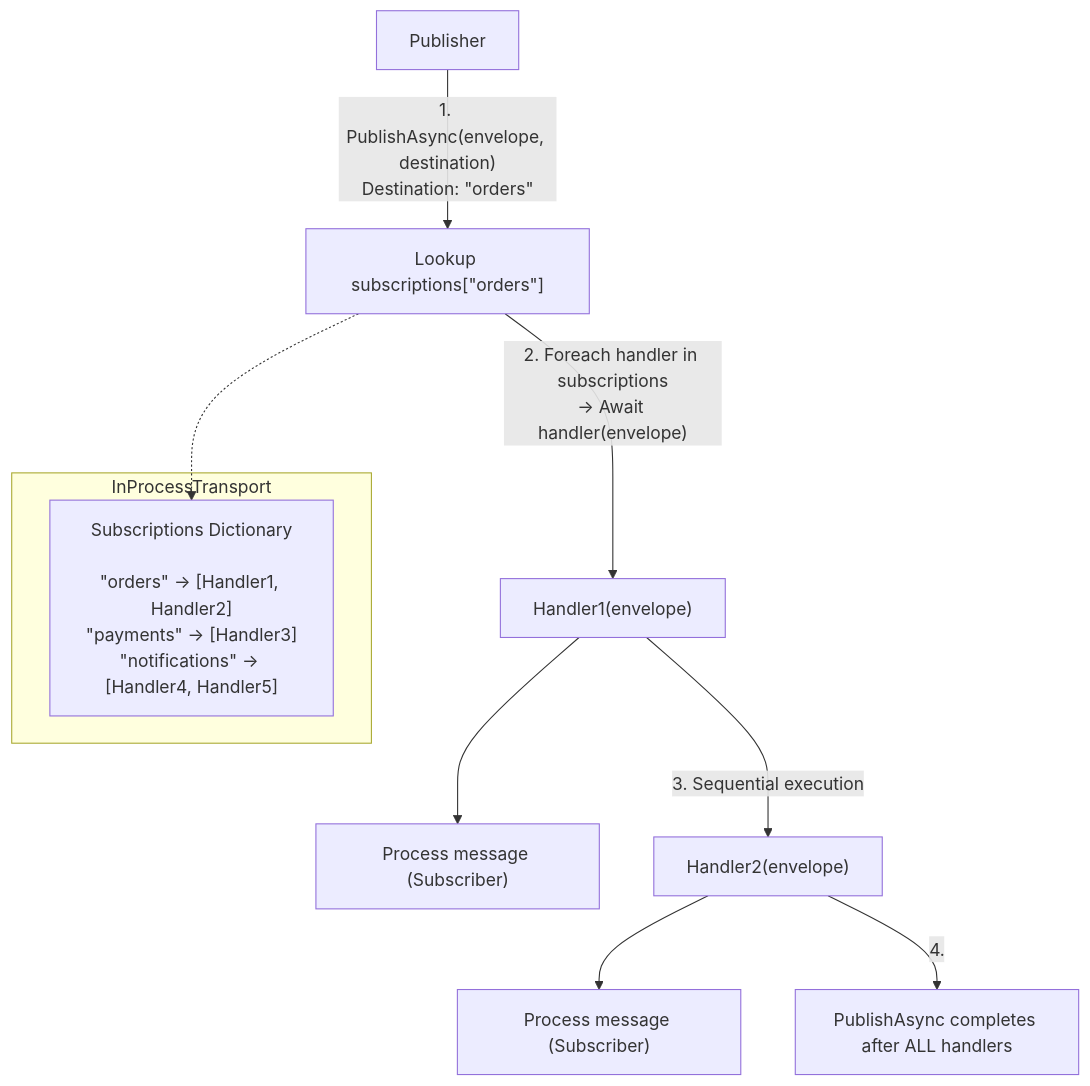
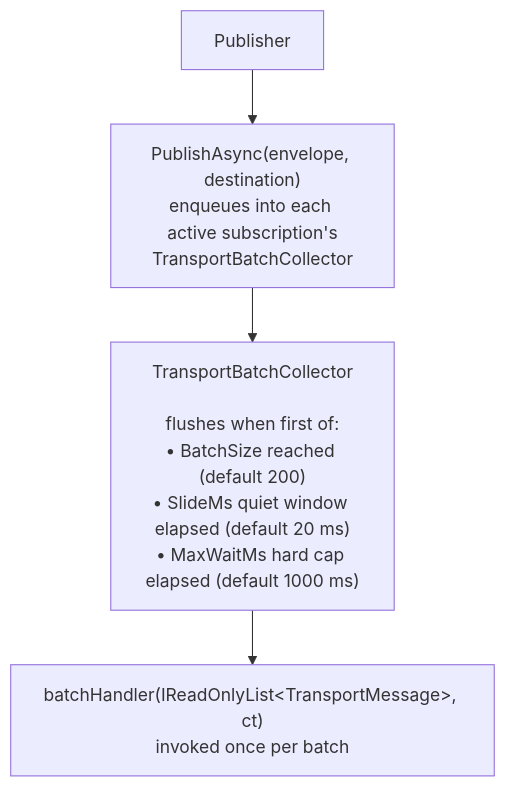
One commit to whizbang-lib/whizbang-lib.github.io changed the diagram in src/assets/docs/v1.0.0/messaging/transports/in-memory.md. Above: the diagram before and after it, drawn with Mermaid. The commit also changed other lines of this file and 6 other files, not shown here.

````diff
--- a/src/assets/docs/v1.0.0/messaging/transports/in-memory.md
+++ b/src/assets/docs/v1.0.0/messaging/transports/in-memory.md
@@ -49,26 +64,14 @@
 ```mermaid
 flowchart TD
-    subgraph Transport["InProcessTransport"]
-        Dict["Subscriptions Dictionary<br/><br/>#quot;orders#quot; → [Handler1, Handler2]<br/>#quot;payments#quot; → [Handler3]<br/>#quot;notifications#quot; → [Handler4, Handler5]"]
-    end
+    Publisher["Publisher"]
+    Enqueue["PublishAsync(envelope, destination)<br/>enqueues into each active subscription's<br/>TransportBatchCollector"]
+    Collector["TransportBatchCollector<br/><br/>flushes when first of:<br/>• BatchSize reached (default 200)<br/>• SlideMs quiet window elapsed (default 20 ms)<br/>• MaxWaitMs hard cap elapsed (default 1000 ms)"]
+    Handler["batchHandler(IReadOnlyList&lt;TransportMessage&gt;, ct)<br/>invoked once per batch"]
 
-    Publisher["Publisher"]
-    Lookup["Lookup subscriptions[#quot;orders#quot;]"]
-    H1["Handler1(envelope)"]
-    P1["Process message (Subscriber)"]
-    H2["Handler2(envelope)"]
-    P2["Process message (Subscriber)"]
-    Done["PublishAsync completes after ALL handlers"]
+    Publisher --> Enqueue
+    Enqueue --> Collector
+    Collector --> Handler
 
-    Publisher -->|"1. PublishAsync(envelope, destination)<br/>Destination: #quot;orders#quot;"| Lookup
-    Lookup -.-> Dict
-    Lookup -->|"2. Foreach handler in subscriptions<br/>→ Await handler(envelope)"| H1
-    H1 --> P1
-    H1 -->|"3. Sequential execution"| H2
-    H2 --> P2
-    H2 -->|"4."| Done
-
-    class Dict,Lookup layer-command
-    class Publisher,Done layer-core
-    class H1,H2,P1,P2 layer-core
+    class Enqueue,Collector layer-command
+    class Publisher,Handler layer-core
 ```
````
